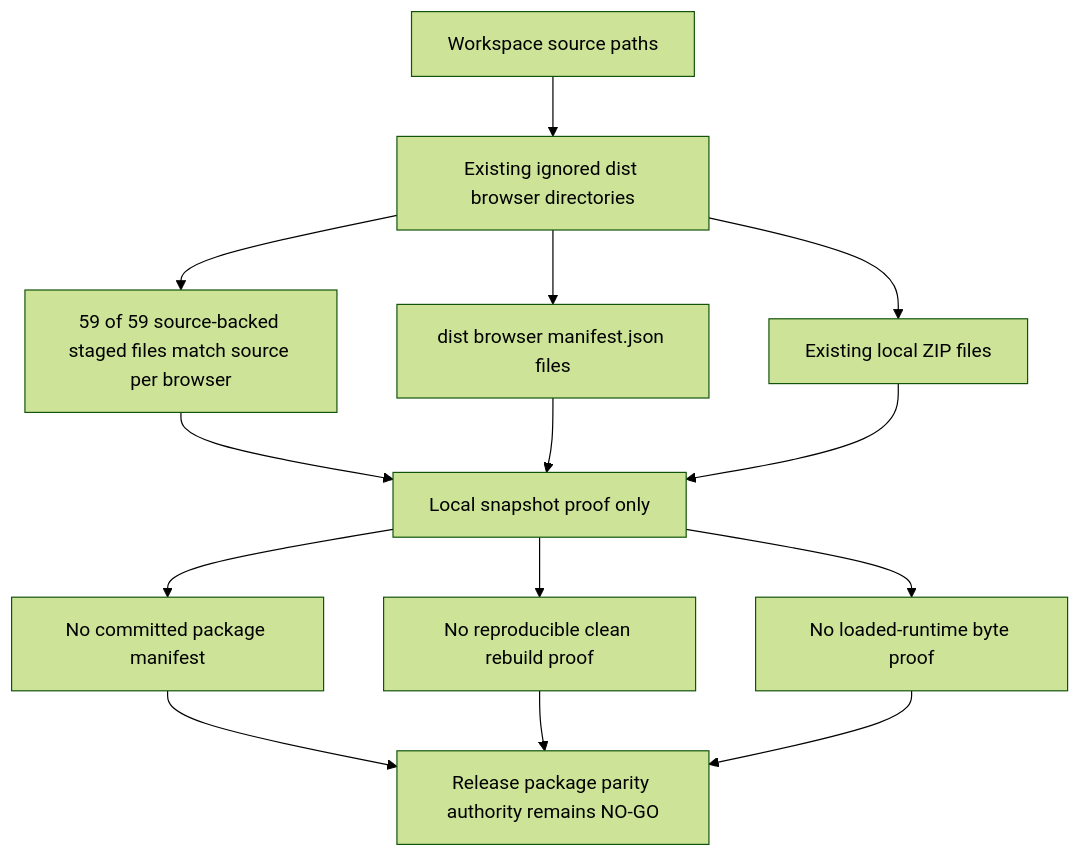
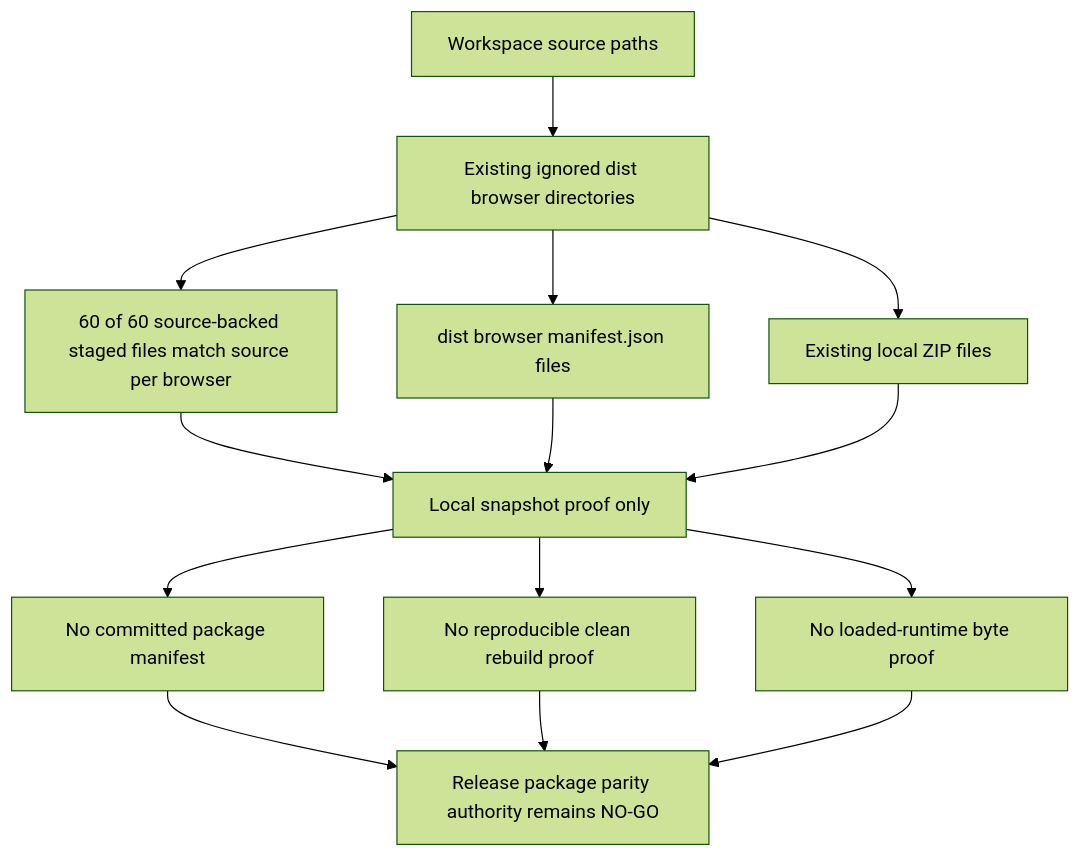
One commit to varshneydevansh/FilterTube changed the ninth of 9 diagrams in docs/audit/FILTERTUBE_P0_RELEASE_PACKAGE_CURRENT_BEHAVIOR_2026-05-19.md. Above: the diagram before and after it, drawn with Mermaid (forest theme). The commit also changed other lines of this file and 53 other files, not shown here.

````diff
--- a/docs/audit/FILTERTUBE_P0_RELEASE_PACKAGE_CURRENT_BEHAVIOR_2026-05-19.md
+++ b/docs/audit/FILTERTUBE_P0_RELEASE_PACKAGE_CURRENT_BEHAVIOR_2026-05-19.md
@@ -716,16 +716,16 @@
 ```mermaid
 flowchart TD
   A["Workspace source paths"] --> B["Existing ignored dist browser directories"]
-  B --> C["59 of 59 source-backed staged files match source per browser"]
+  B --> C["60 of 60 source-backed staged files match source per browser"]
   B --> D["dist browser manifest.json files"]
   B --> E["Existing local ZIP files"]
   C --> F["Local snapshot proof only"]
   D --> F
   E --> F
   F --> G["No committed package manifest"]
   F --> H["No reproducible clean rebuild proof"]
   F --> I["No loaded-runtime byte proof"]
   G --> J["Release package parity authority remains NO-GO"]
   H --> J
   I --> J
 ```
````
